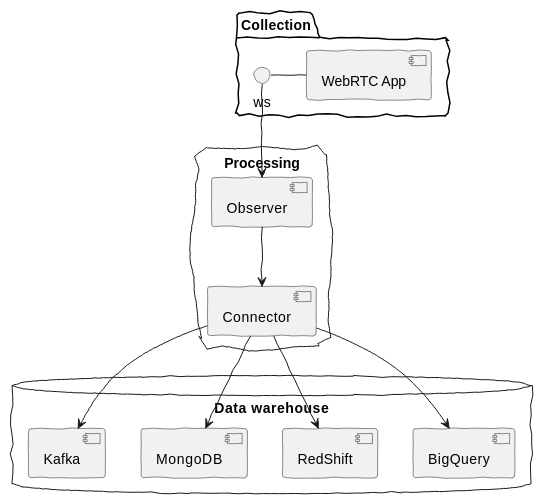
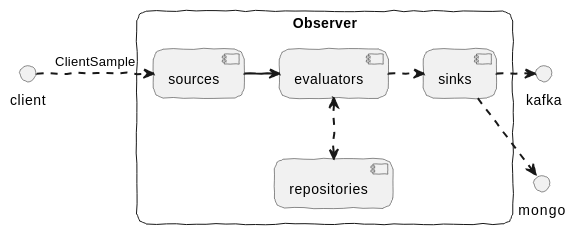
One commit to ObserveRTC/observer-service changed the first of 2 diagrams in docs/index.adoc. Above: the diagram before and after it, drawn with PlantUML. The commit also changed other lines of this file and 453 other files, not shown here.

```diff
--- a/docs/index.adoc
+++ b/docs/index.adoc
@@ -13,25 +13,34 @@
 [plantuml, data-flow, png]
 ----
 @startuml
 skinparam handwritten true
+skinparam roundcorner 20
 skinparam monochrome true
-skinparam backgroundColor transparent
+skinparam arrowThickness 2
+skinparam BoxPadding 60
 
-package "Collection" {
-  ws - [WebRTC App]
+
+
+rectangle Observer #transparent {
+	component sources
+	component evaluators
+	component repositories
+	component sinks
 }
+() kafka as kafka
+() mongo as mongo
+() client as client
 
-cloud "Processing" {
-  ws --> [Observer]
-  [Observer] --> [Connector]
-}
+kafka -[hidden]-> mongo
 
-database "Data warehouse" {
-    [Connector] --> [BigQuery]
-    [Connector] --> [RedShift]
-    [Connector] --> [MongoDB]
-    [Connector] --> [Kafka]
-}
+client .> [sources] : ClientSample
+
+[sources] -> [evaluators]
+[evaluators] <..> [repositories]
+[evaluators] .> sinks
+[sinks] .> kafka
+[sinks] .> mongo
 
 @enduml
+
 ----
```
